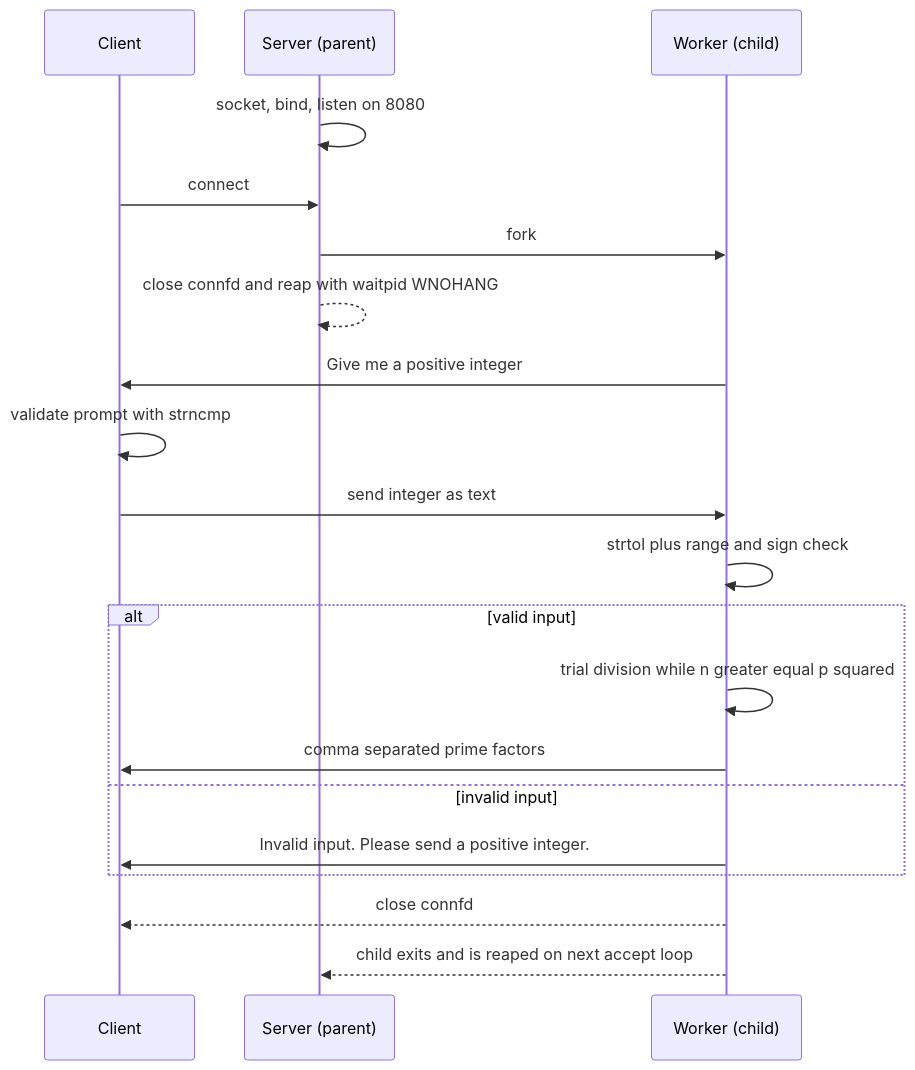
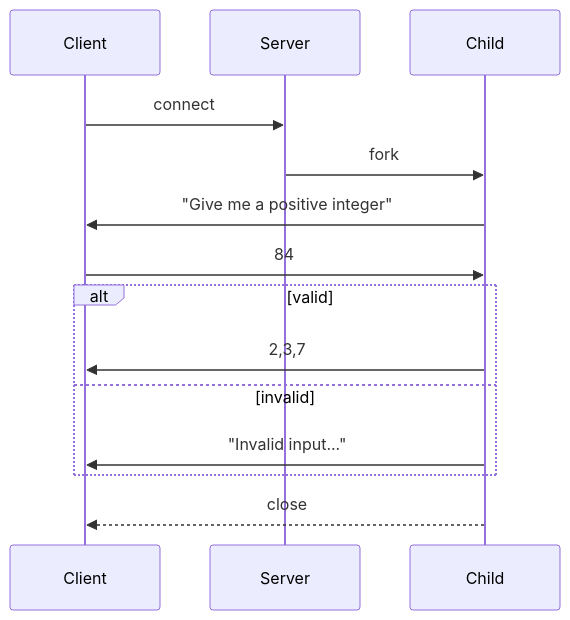
One commit to DimitriosDalaklidhs/tcp-prime-factors-server-client changed the diagram in README.md. Above: the diagram before and after it, drawn with Mermaid. The commit also changed other lines of this file, not shown here.

Commit message:
Refine README content and formatting
Updated the README to improve clarity and conciseness in descriptions, including the author section.

````diff
--- a/README.md
+++ b/README.md
@@ -28,23 +25,16 @@
 ```mermaid
 sequenceDiagram
     participant C as Client
-    participant P as Server (parent)
-    participant W as Worker (child)
-
-    P->>P: socket, bind, listen on 8080
-    C->>P: connect
-    P->>W: fork
-    P-->>P: close connfd and reap with waitpid WNOHANG
-    W->>C: Give me a positive integer
-    C->>C: validate prompt with strncmp
-    C->>W: send integer as text
-    W->>W: strtol plus range and sign check
-    alt valid input
-        W->>W: trial division while n greater equal p squared
-        W->>C: comma separated prime factors
-    else invalid input
-        W->>C: Invalid input. Please send a positive integer.
+    participant S as Server
+    participant W as Child
+    C->>S: connect
+    S->>W: fork
+    W->>C: "Give me a positive integer"
+    C->>W: 84
+    alt valid
+        W->>C: 2,3,7
+    else invalid
+        W->>C: "Invalid input..."
     end
-    W-->>C: close connfd
-    W-->>P: child exits and is reaped on next accept loop
+    W-->>C: close
 ```
````
